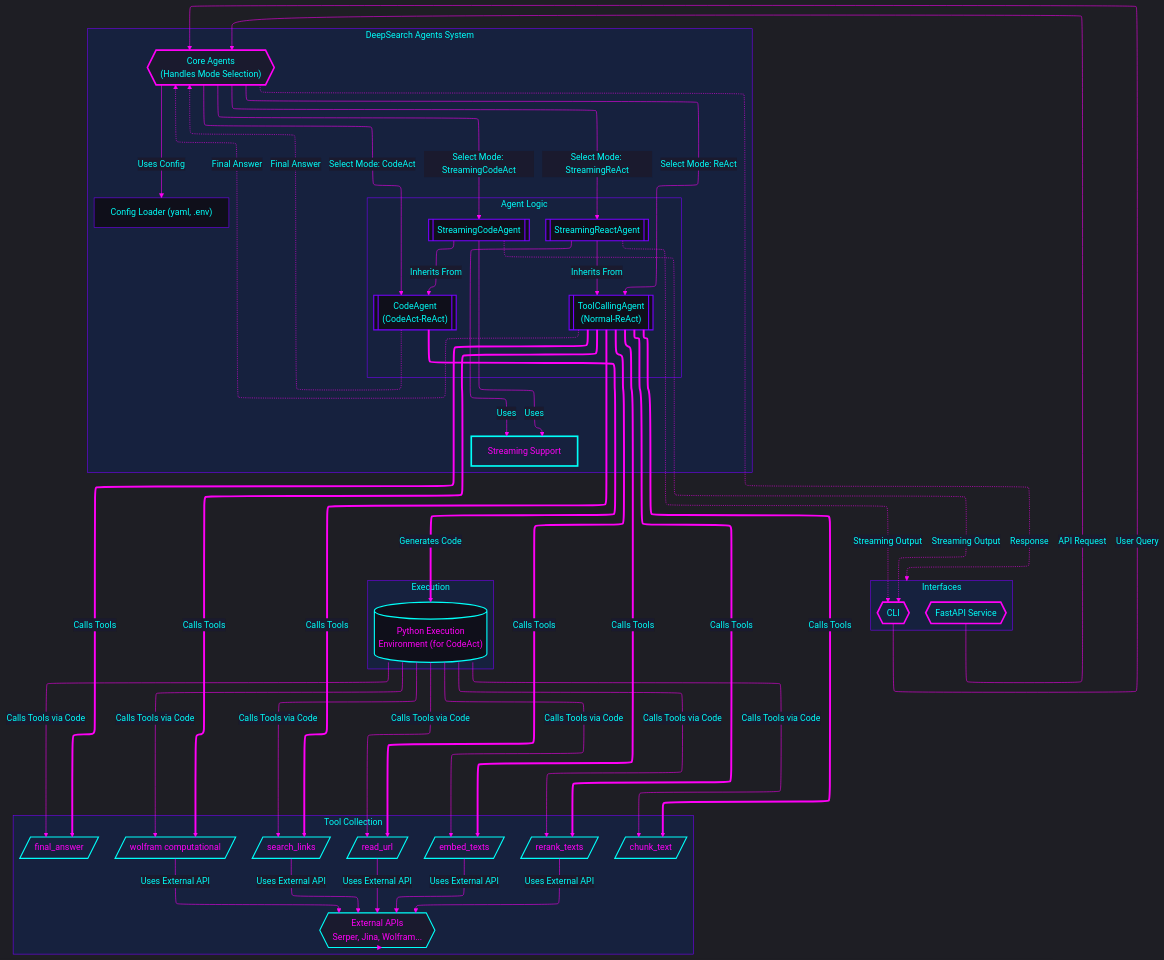
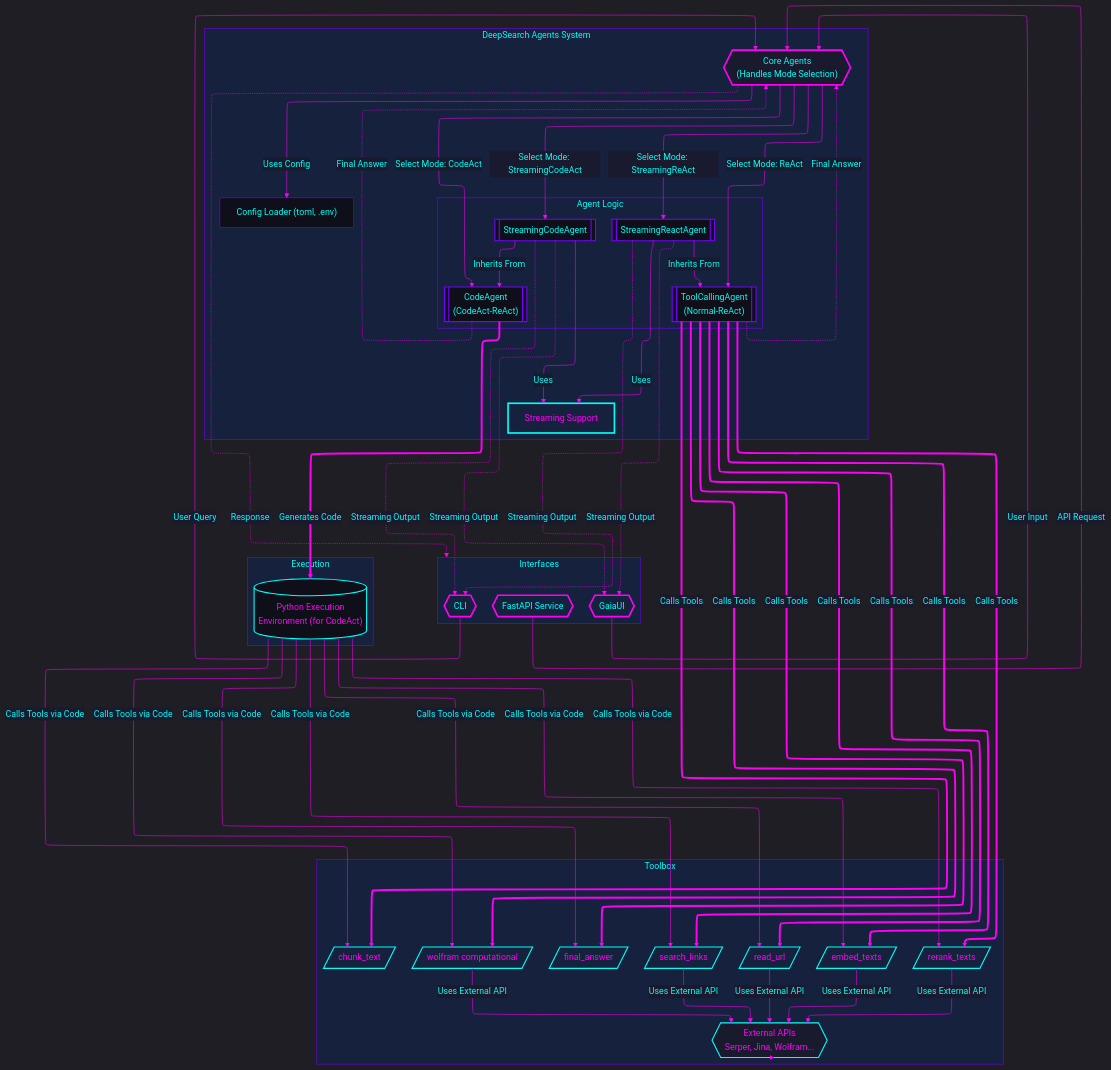
The diagram in README.md (lwyBZss8924d/DeepSearchAgents), drawn with Mermaid before and after one commit. The commit also changed other lines of this file and 6 other files, not shown here.

Commit message:
docs: switch configuration references to config.toml

```diff
--- a/README.md
+++ b/README.md
@@ -225,12 +226,13 @@
         direction LR
         CLI{{"CLI"}}
         FastAPI{{"FastAPI Service"}}
+        GaiaUI{{"GaiaUI"}}
     end
     subgraph DeepSearchAgentSystem["DeepSearch Agents System"]
         direction TB
         CoreAgents{{"Core Agents
 (Handles Mode Selection)"}}
-        ConfigLoader["Config Loader (yaml, .env)"]
+        ConfigLoader["Config Loader (toml, .env)"]
         StreamingSupport["Streaming Support"]
         subgraph Agents["Agent Logic"]
             direction LR
@@ -242,7 +244,7 @@
             StreamingCodeAgent[["StreamingCodeAgent"]]
         end
     end
-    subgraph ToolCollection["Tool Collection"]
+    subgraph Toolbox["Toolbox"]
         direction TB
         SearchLinks[/search_links/]
         ReadURL[/read_url/]
@@ -261,6 +263,7 @@
 
     CLI -- "User Query" --> CoreAgents
     FastAPI -- "API Request" --> CoreAgents
+    GaiaUI -- "User Input" --> CoreAgents
     CoreAgents -- "Select Mode: ReAct" --> ToolAgent
     CoreAgents -- "Select Mode: CodeAct" --> CodeAgent
     CoreAgents -- "Select Mode: StreamingReAct" --> StreamingReactAgent
@@ -295,12 +298,14 @@
     EmbedTexts -- "Uses External API" --> ExternalAPIs
     RerankTexts -- "Uses External API" --> ExternalAPIs
     Wolfram -- "Uses External API" --> ExternalAPIs
-    ExternalAPIs -.-> ToolCollection
+    ExternalAPIs -.-> Toolbox
 
     ToolAgent -. "Final Answer" .-> CoreAgents
     CodeAgent -. "Final Answer" .-> CoreAgents
     StreamingReactAgent -. "Streaming Output" .-> CLI
     StreamingCodeAgent -. "Streaming Output" .-> CLI
+    StreamingReactAgent -. "Streaming Output" .-> GaiaUI
+    StreamingCodeAgent -. "Streaming Output" .-> GaiaUI
     CoreAgents -. "Response" .-> Interfaces
 
     classDef default fill:#1a1a2e,stroke:#7700ff,stroke-width:2px,color:#00fff9
@@ -315,6 +320,7 @@
 
     CLI:::interface
     FastAPI:::interface
+    GaiaUI:::interface
     CoreAgents:::manager
     ToolAgent:::agent
     CodeAgent:::agent
```
